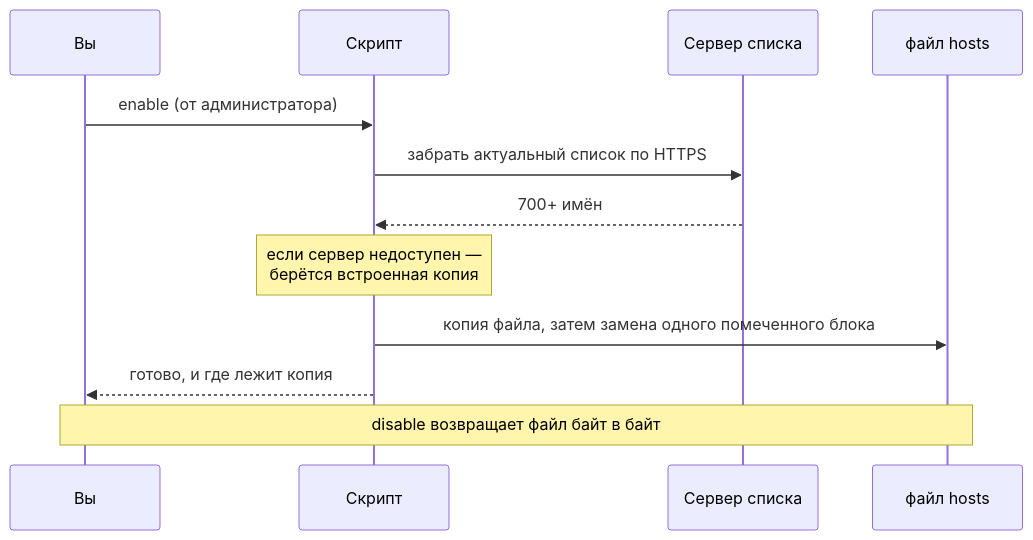
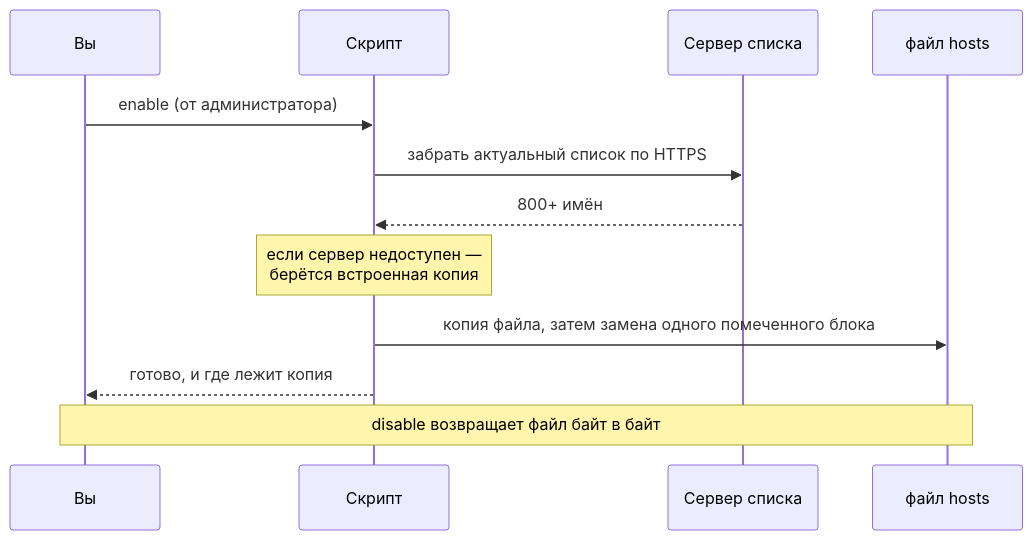
Before and after one commit to SteepMans/ai-sni-proxy: the fourth of 4 diagrams in README.md, drawn with Mermaid. The commit also changed other lines of this file and 3 other files, not shown here.

````diff
--- a/README.md
+++ b/README.md
@@ -132,15 +132,15 @@
 ```mermaid
 sequenceDiagram
     participant Y as Вы
     participant C as Скрипт
     participant L as Сервер списка
     participant H as файл hosts
 
     Y->>C: enable (от администратора)
     C->>L: забрать актуальный список по HTTPS
-    L-->>C: 700+ имён
+    L-->>C: 800+ имён
     Note over C: если сервер недоступен —<br/>берётся встроенная копия
     C->>H: копия файла, затем замена одного помеченного блока
     C-->>Y: готово, и где лежит копия
     Note over Y,H: disable возвращает файл байт в байт
 ```
````
